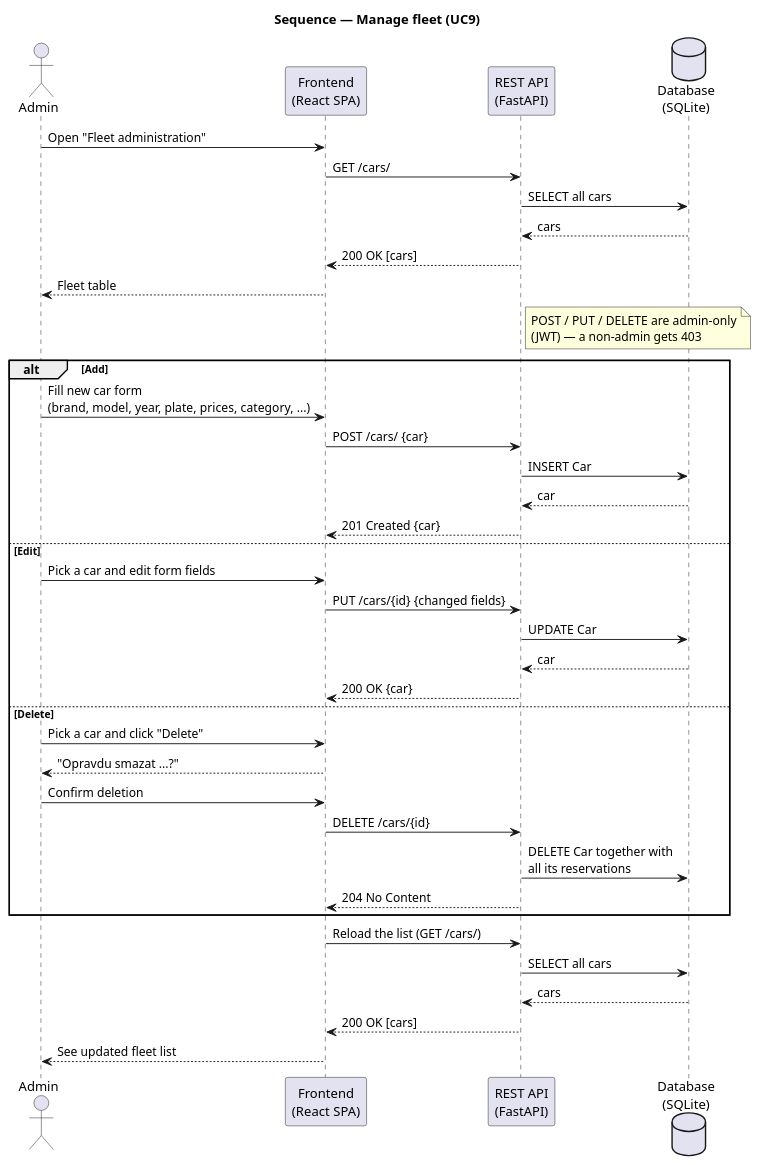
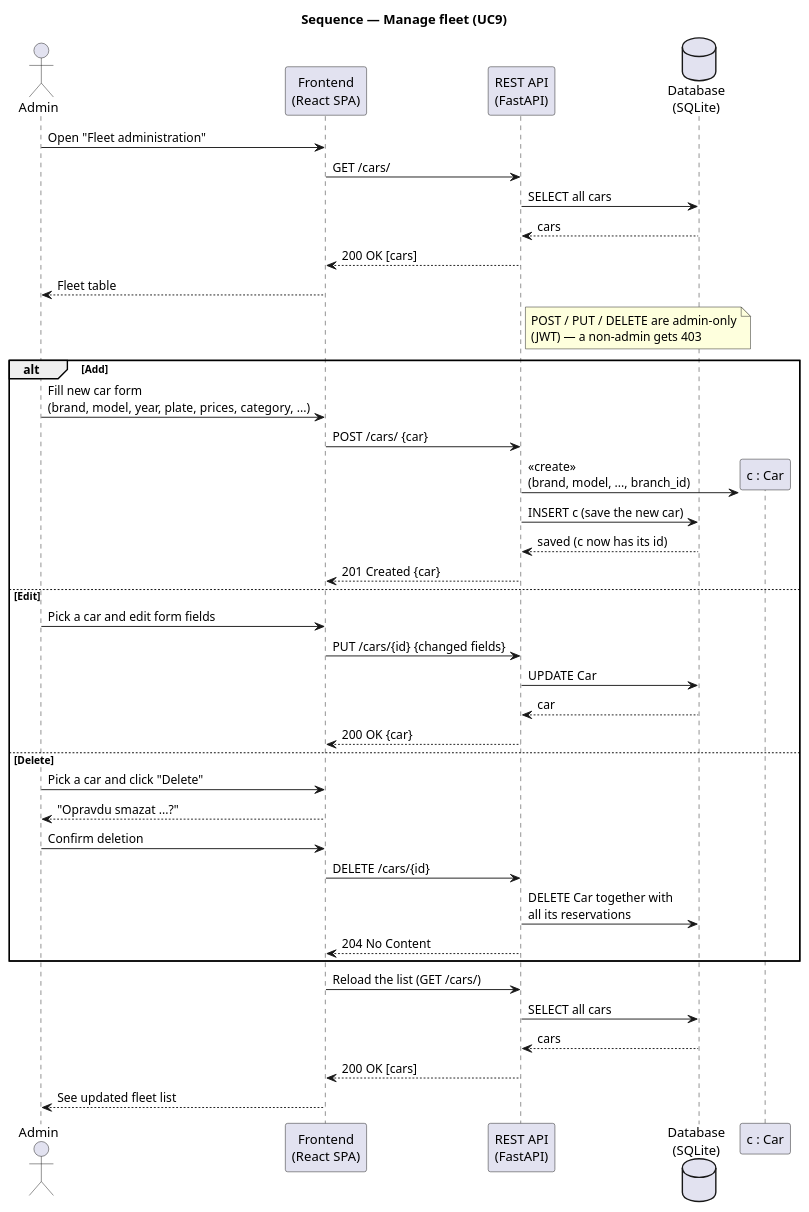
The diagram in docs/diagrams/sequence-manage-fleet.puml (DavidMagyarics/CarRentalVSB), drawn with PlantUML before and after one commit. The commit also changed 2 other files, not shown here.

Commit message:
docs: show object creation (<<create>>) of Reservation, User and Car in the sequence diagrams

```diff
--- a/docs/diagrams/sequence-manage-fleet.puml
+++ b/docs/diagrams/sequence-manage-fleet.puml
@@ -1,47 +1,49 @@
 @startuml sequence-manage-fleet
 skinparam backgroundColor white
 title Sequence — Manage fleet (UC9)
 
 actor Admin
 participant "Frontend\n(React SPA)" as FE
 participant "REST API\n(FastAPI)" as API
 database "Database\n(SQLite)" as DB
 
 Admin -> FE: Open "Fleet administration"
 FE -> API: GET /cars/
 API -> DB: SELECT all cars
 DB --> API: cars
 API --> FE: 200 OK [cars]
 FE --> Admin: Fleet table
 note right of API
   POST / PUT / DELETE are admin-only
   (JWT) — a non-admin gets 403
 end note
 
 alt Add
   Admin -> FE: Fill new car form\n(brand, model, year, plate, prices, category, ...)
   FE -> API: POST /cars/ {car}
-  API -> DB: INSERT Car
-  DB --> API: car
+  create participant "c : Car" as C
+  API -> C: <<create>>\n(brand, model, ..., branch_id)
+  API -> DB: INSERT c (save the new car)
+  DB --> API: saved (c now has its id)
   API --> FE: 201 Created {car}
 else Edit
   Admin -> FE: Pick a car and edit form fields
   FE -> API: PUT /cars/{id} {changed fields}
   API -> DB: UPDATE Car
   DB --> API: car
   API --> FE: 200 OK {car}
 else Delete
   Admin -> FE: Pick a car and click "Delete"
   FE --> Admin: "Opravdu smazat ...?"
   Admin -> FE: Confirm deletion
   FE -> API: DELETE /cars/{id}
   API -> DB: DELETE Car together with\nall its reservations
   API --> FE: 204 No Content
 end
 
 FE -> API: Reload the list (GET /cars/)
 API -> DB: SELECT all cars
 DB --> API: cars
 API --> FE: 200 OK [cars]
 FE --> Admin: See updated fleet list
 @enduml
```
